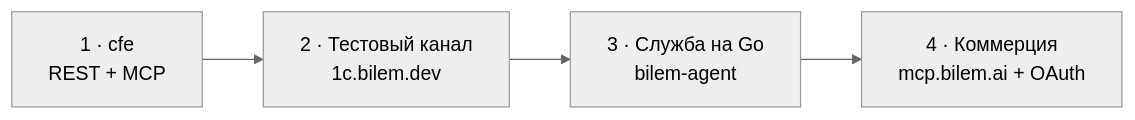
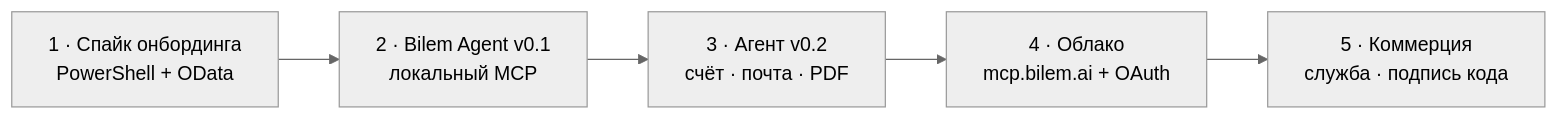
The diagram in product/roadmap.mdx (darkzef-star/bilem.kb), drawn with Mermaid (neutral theme) before and after one commit. The commit also changed other lines of this file and 3 other files, not shown here.

First line of the commit message:
Дорожная карта под решение 0009 (OData + Bilem Agent), решение 0009, удалён buddy-test

````diff
--- a/product/roadmap.mdx
+++ b/product/roadmap.mdx
@@ -7,6 +11,7 @@
 ```mermaid
 flowchart LR
-  A[1 · cfe<br/>REST + MCP] --> B[2 · Тестовый канал<br/>1c.bilem.dev]
-  B --> C[3 · Служба на Go<br/>bilem-agent]
-  C --> D[4 · Коммерция<br/>mcp.bilem.ai + OAuth]
+  A[1 · Спайк онбординга<br/>PowerShell + OData] --> B[2 · Bilem Agent v0.1<br/>локальный MCP]
+  B --> C[3 · Агент v0.2<br/>счёт · почта · PDF]
+  C --> D[4 · Облако<br/>mcp.bilem.ai + OAuth]
+  D --> E[5 · Коммерция<br/>служба · подпись кода]
 ```
````
